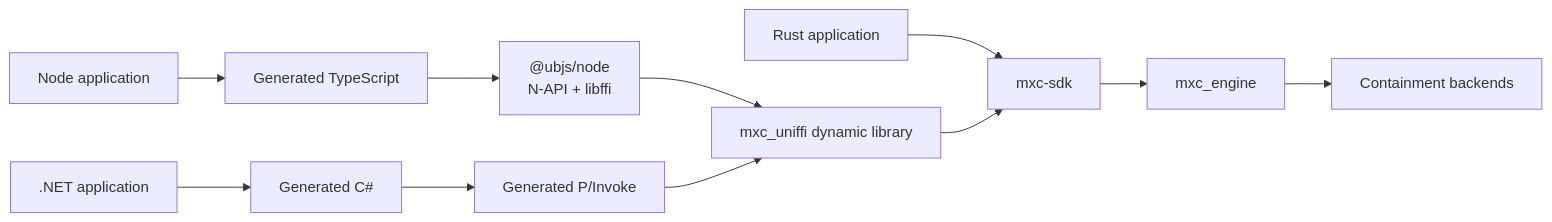
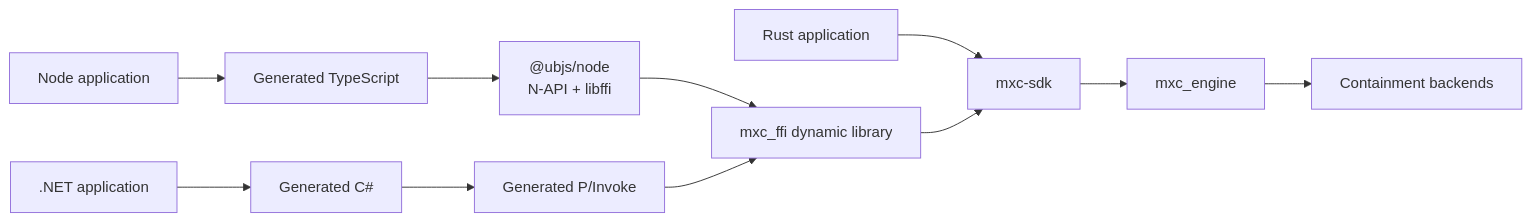
The first of 2 diagrams in docs/designs/SDK/README.md (microsoft/mxc), drawn with Mermaid before and after one commit. The commit also changed other lines of this file and 3 other files, not shown here.

First line of the commit message:
Align SDK unification design with single FFI library

````diff
--- a/docs/designs/SDK/README.md
+++ b/docs/designs/SDK/README.md
@@ -8,13 +8,13 @@
 ```mermaid
 flowchart LR
     R[Rust application] --> S[mxc-sdk]
     N[Node application] --> TS[Generated TypeScript]
     D[.NET application] --> CS[Generated C#]
     TS --> NR["@ubjs/node<br/>N-API + libffi"]
     CS --> PI[Generated P/Invoke]
-    NR --> U[mxc_uniffi dynamic library]
+    NR --> U[mxc_ffi dynamic library]
     PI --> U
     U --> S
     S --> E[mxc_engine]
     E --> B[Containment backends]
 ```
````
